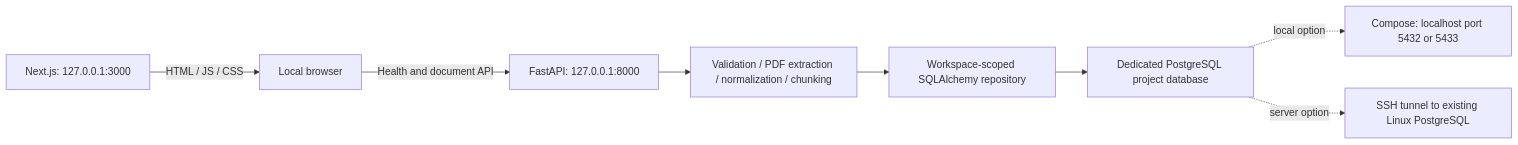
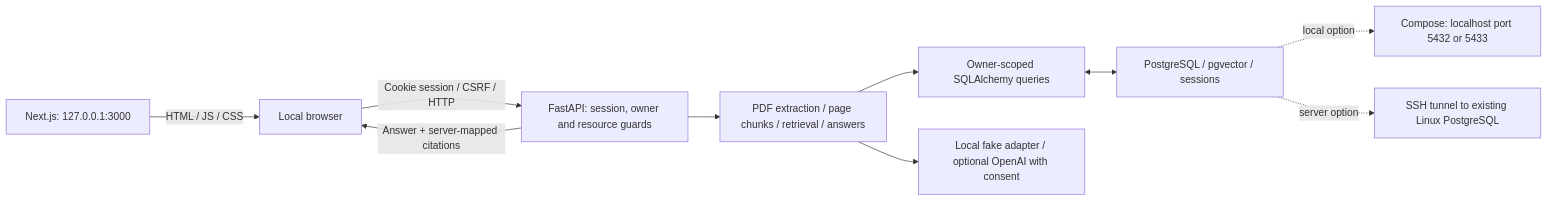
The diagram in docs/architecture.md (davRein/ai-knowledge-hub), drawn with Mermaid before and after one commit. The commit also changed other lines of this file and 27 other files, not shown here.

````diff
--- a/docs/architecture.md
+++ b/docs/architecture.md
@@ -5,10 +7,12 @@
 ```mermaid
 flowchart LR
     Next[Next.js: 127.0.0.1:3000] -->|HTML / JS / CSS| Browser[Local browser]
-    Browser -->|Health and document API| API[FastAPI: 127.0.0.1:8000]
-    API --> Services[Validation / PDF extraction / normalization / chunking]
-    Services --> Repository[Workspace-scoped SQLAlchemy repository]
-    Repository --> DB[Dedicated PostgreSQL project database]
+    Browser -->|Cookie session / CSRF / HTTP| API[FastAPI: session, owner and resource guards]
+    API --> Services[PDF extraction / page chunks / retrieval / answers]
+    Services --> Repository[Owner-scoped SQLAlchemy queries]
+    Repository <--> DB[PostgreSQL / pgvector / sessions]
+    Services --> Providers[Local fake adapter / optional OpenAI with consent]
+    API -->|Answer + server-mapped citations| Browser
     DB -. local option .-> Compose[Compose: localhost port 5432 or 5433]
     DB -. server option .-> Tunnel[SSH tunnel to existing Linux PostgreSQL]
 ```
````
